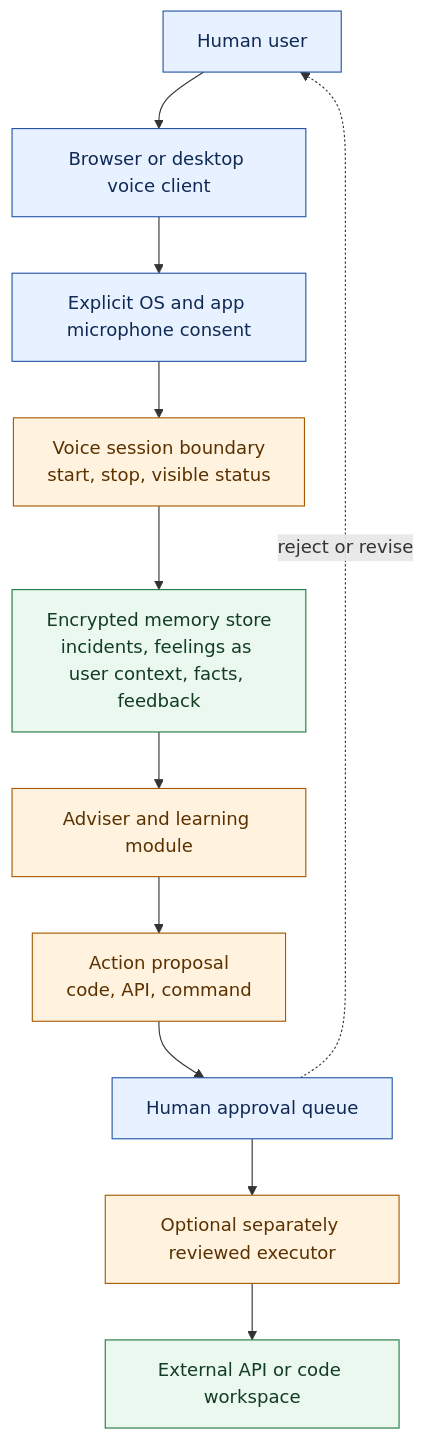
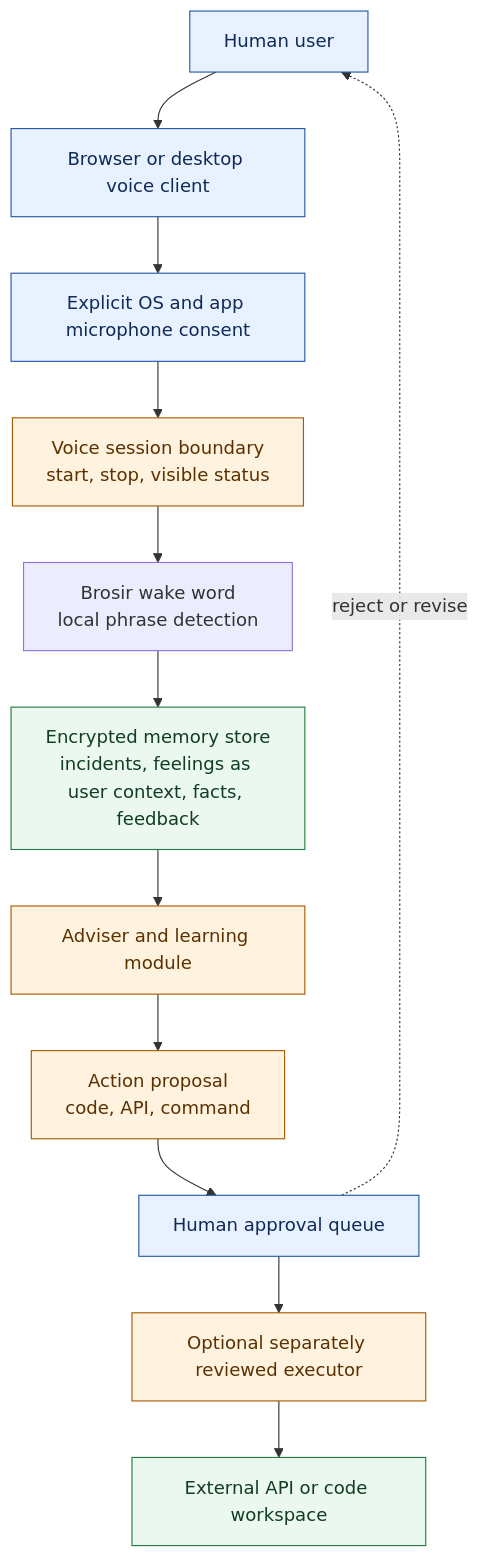
One commit to Somasundaram004/human-advisor-ai changed the diagram in docs/architecture.md. Above: the diagram before and after it, drawn with Mermaid. The commit also changed other lines of this file and 4 other files, not shown here.

First line of the commit message:
feat: TEST01 add Brosir voice activation wake word

````diff
--- a/docs/architecture.md
+++ b/docs/architecture.md
@@ -3,25 +3,26 @@
 ```mermaid
 flowchart TB
     human[Human user]
     client[Browser or desktop voice client]
     consent[Explicit OS and app microphone consent]
     voice[Voice session boundary<br/>start, stop, visible status]
+    wake[Brosir wake word<br/>local phrase detection]
     memory[Encrypted memory store<br/>incidents, feelings as user context, facts, feedback]
     adviser[Adviser and learning module]
     proposal[Action proposal<br/>code, API, command]
     approval[Human approval queue]
     executor[Optional separately reviewed executor]
     api[External API or code workspace]
 
-    human --> client --> consent --> voice
-    voice --> memory --> adviser
+    human --> client --> consent --> voice --> wake
+    wake --> memory --> adviser
     adviser --> proposal --> approval --> executor --> api
     approval -. reject or revise .-> human
 
     classDef human fill:#e8f1ff,stroke:#2457a6,color:#102a56
     classDef control fill:#fff2df,stroke:#a65b00,color:#5b3100
     classDef data fill:#eaf8ef,stroke:#237a44,color:#123d23
     class human,client,consent,approval human
     class voice,adviser,proposal,executor control
     class memory,api data
 ```
````
